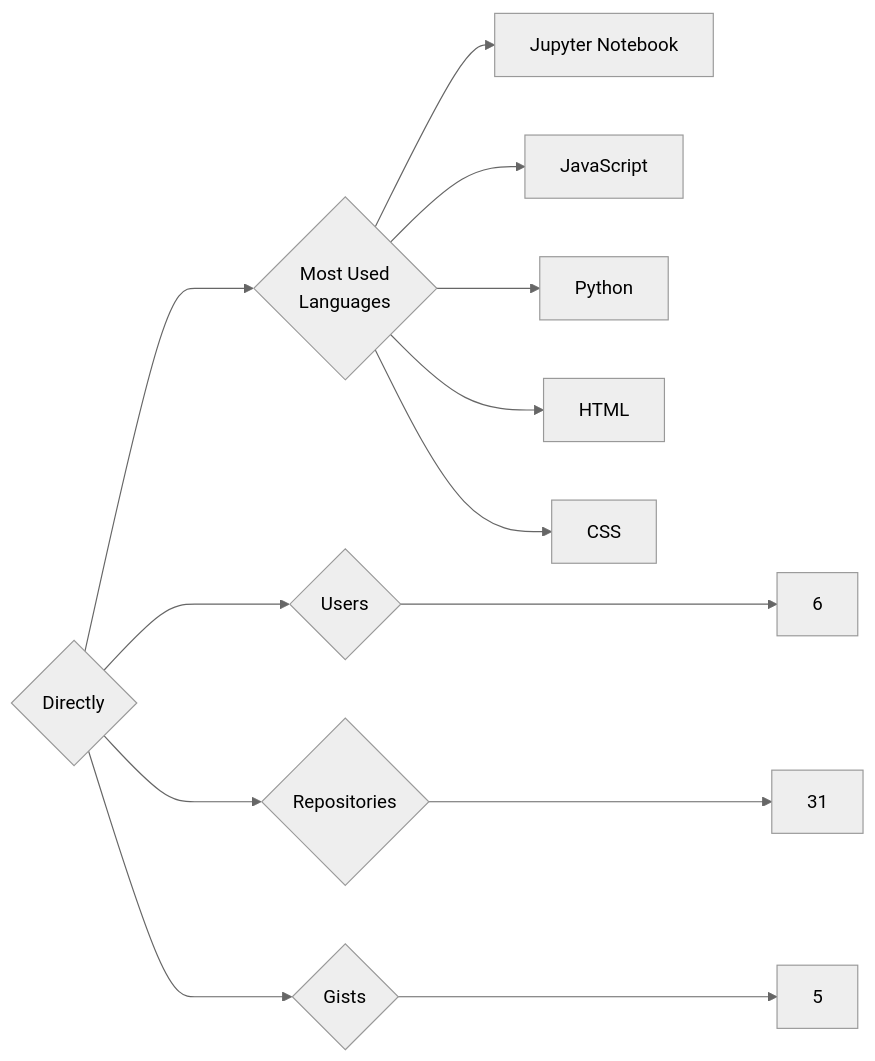
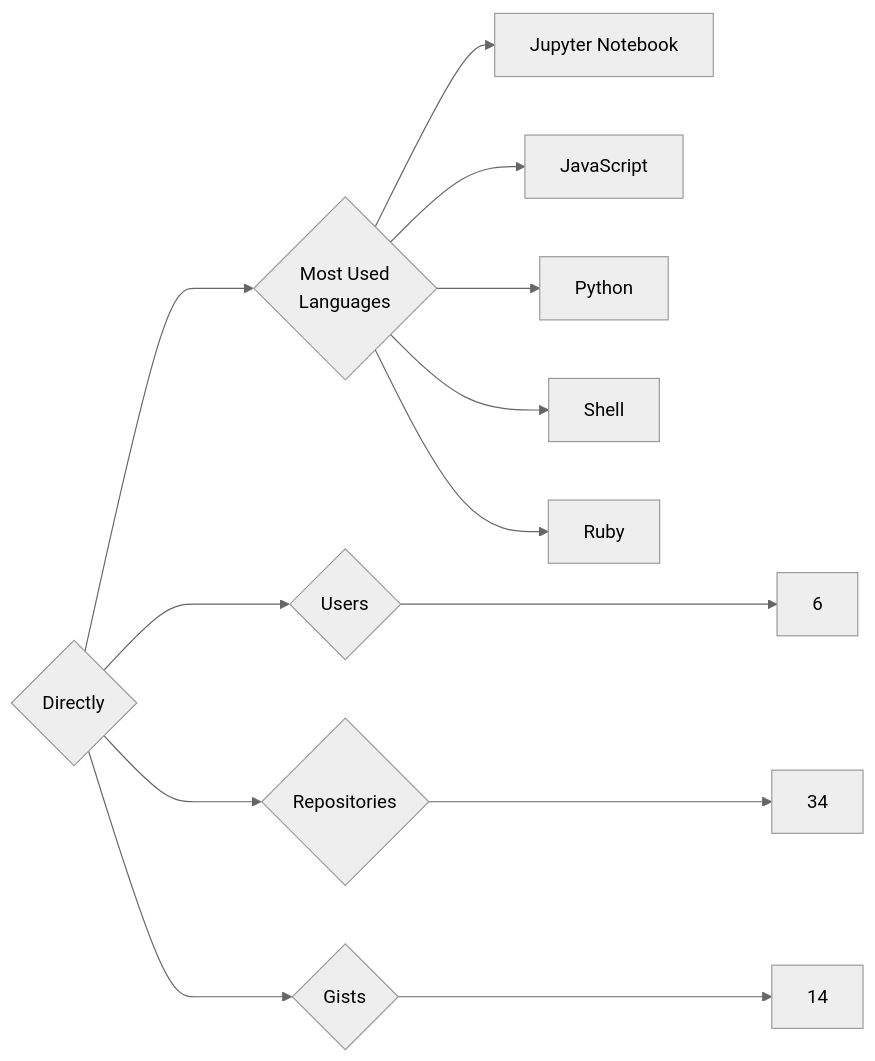
Before and after one commit to trickest/insiders: the diagram in targets/Directly/README.md, drawn with Mermaid (neutral theme). The commit also changed 1030 other files, not shown here.

````diff
--- a/targets/Directly/README.md
+++ b/targets/Directly/README.md
@@ -3,13 +3,13 @@
 ```mermaid
 graph LR
 COMPANY_NAME{Directly}
 COMPANY_NAME ---> U{Users} ---> UN[6]
-COMPANY_NAME ---> R{Repositories} ---> RN[31]
-COMPANY_NAME ---> G{Gists} ---> GN[5]
+COMPANY_NAME ---> R{Repositories} ---> RN[34]
+COMPANY_NAME ---> G{Gists} ---> GN[14]
 COMPANY_NAME ---> ML{Most Used<br>Languages}
 ML --> Jupyter_Notebook[Jupyter Notebook]
 ML --> JavaScript[JavaScript]
 ML --> Python[Python]
-ML --> HTML[HTML]
-ML --> CSS[CSS]
+ML --> Shell[Shell]
+ML --> Ruby[Ruby]
 ```
````
